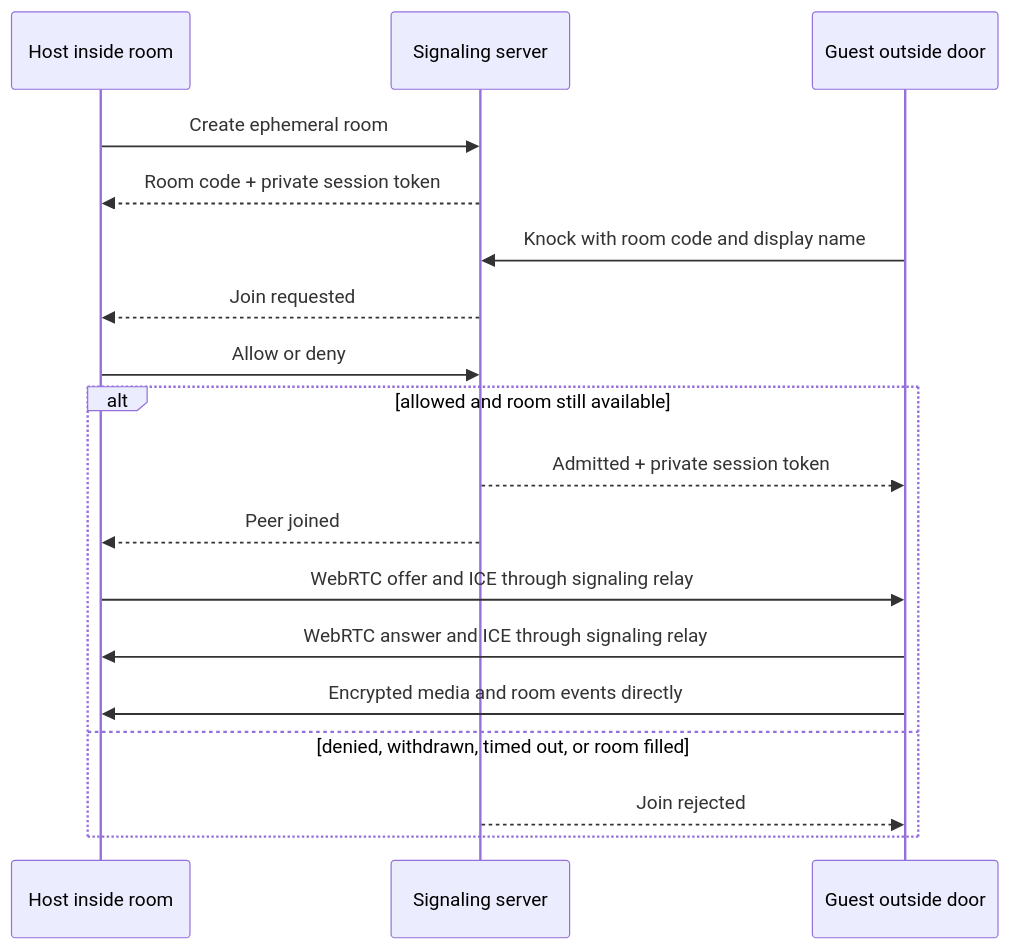
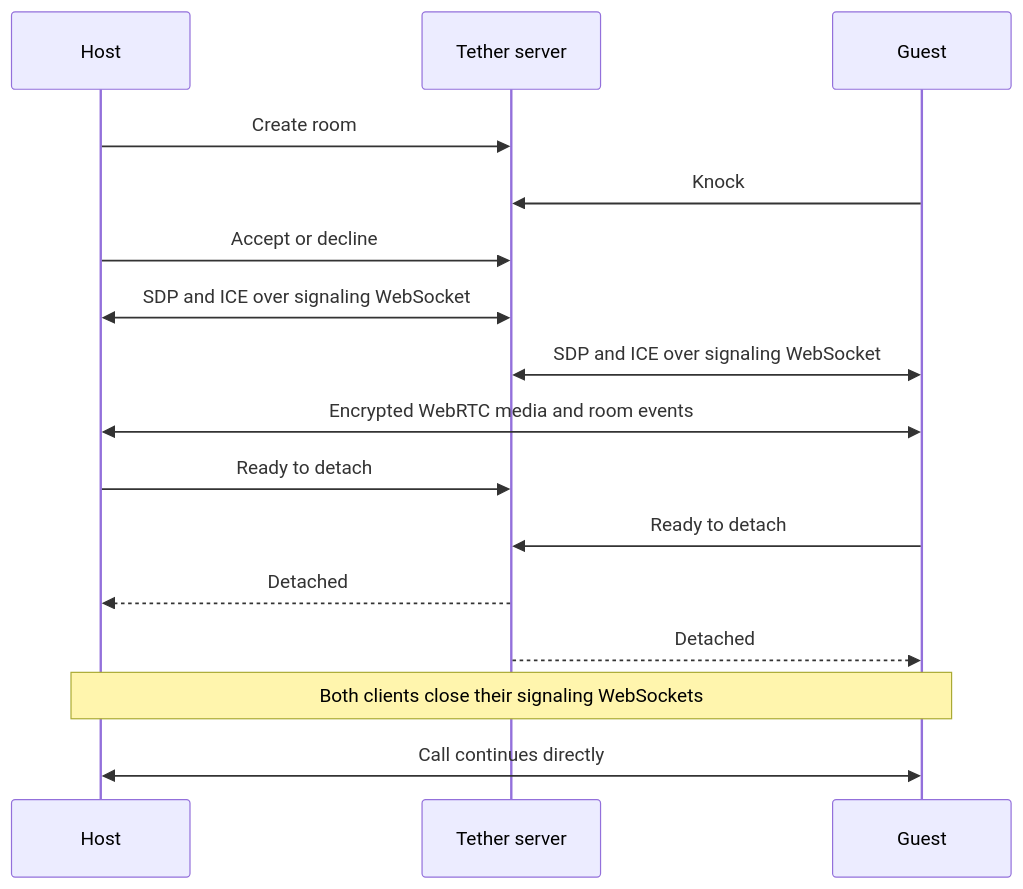
Before and after one commit to nikhilsnayak/tether: the diagram in README.md, drawn with Mermaid. The commit also changed other lines of this file and 9 other files, not shown here.

````diff
--- a/README.md
+++ b/README.md
@@ -129,21 +50,19 @@
 ```mermaid
 sequenceDiagram
-    participant H as Host inside room
-    participant S as Signaling server
-    participant G as Guest outside door
+    participant H as Host
+    participant S as Tether server
+    participant G as Guest
 
-    H->>S: Create ephemeral room
-    S-->>H: Room code + private session token
-    G->>S: Knock with room code and display name
-    S-->>H: Join requested
-    H->>S: Allow or deny
-    alt allowed and room still available
-        S-->>G: Admitted + private session token
-        S-->>H: Peer joined
-        H->>G: WebRTC offer and ICE through signaling relay
-        G->>H: WebRTC answer and ICE through signaling relay
-        G->>H: Encrypted media and room events directly
-    else denied, withdrawn, timed out, or room filled
-        S-->>G: Join rejected
-    end
+    H->>S: Create room
+    G->>S: Knock
+    H->>S: Accept or decline
+    H<<->>S: SDP and ICE over signaling WebSocket
+    G<<->>S: SDP and ICE over signaling WebSocket
+    H<<->>G: Encrypted WebRTC media and room events
+    H->>S: Ready to detach
+    G->>S: Ready to detach
+    S-->>H: Detached
+    S-->>G: Detached
+    Note over H,G: Both clients close their signaling WebSockets
+    H<<->>G: Call continues directly
 ```
````
